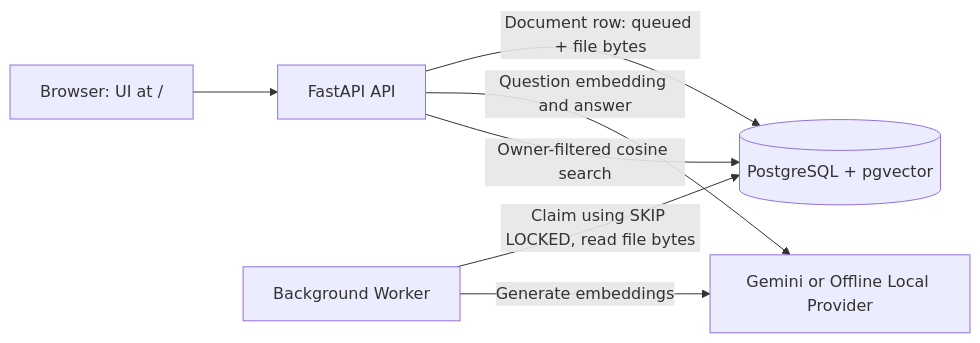
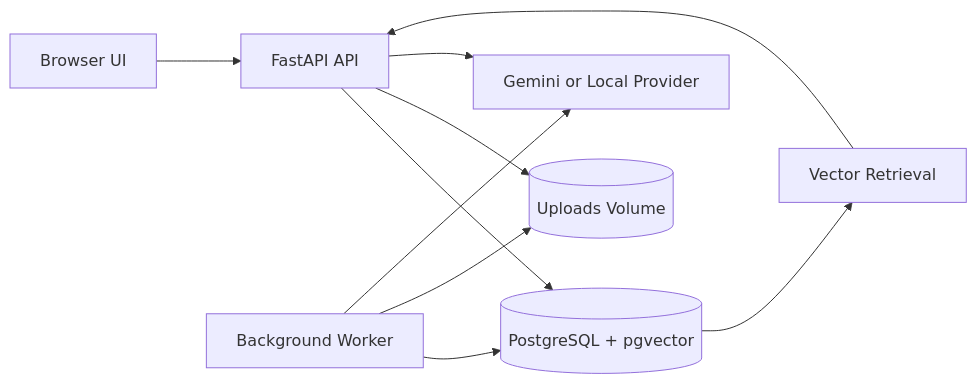
Before and after one commit to sarthakaleriyaa/Software-Engineering-Assesment: the diagram in submissions/sarthakaleriyaa/README.md, drawn with Mermaid. The commit also changed other lines of this file, not shown here.

````diff
--- a/submissions/sarthakaleriyaa/README.md
+++ b/submissions/sarthakaleriyaa/README.md
@@ -110,12 +115,12 @@
 ```mermaid
 flowchart LR
-    B[Browser: UI at /] --> API[FastAPI API]
-
-    API -->|Document row: queued + file bytes| PG[(PostgreSQL + pgvector)]
-
-    W[Background Worker] -->|Claim using SKIP LOCKED, read file bytes| PG
-    W -->|Generate embeddings| AI[Gemini or Offline Local Provider]
-
-    API -->|Question embedding and answer| AI
-    API -->|Owner-filtered cosine search| PG
+    B[Browser UI] --> API[FastAPI API]
+    API --> PG[(PostgreSQL + pgvector)]
+    API --> V[(Uploads Volume)]
+    W[Background Worker] --> PG
+    W --> V
+    W --> AI[Gemini or Local Provider]
+    API --> AI
+    PG --> R[Vector Retrieval]
+    R --> API
 ```
````
